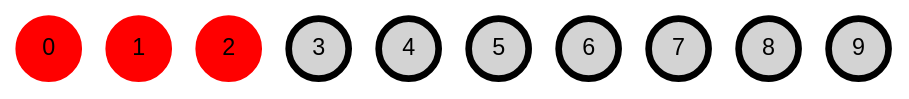
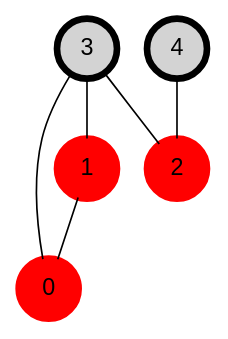
The diagram in dotfiles/covered_graph.dot (ivolvanov/vertex-cover), drawn with Graphviz before and after one commit. The commit also changed 11 other files, not shown here.

```diff
--- a/dotfiles/covered_graph.dot
+++ b/dotfiles/covered_graph.dot
@@ -1,14 +1,14 @@
 graph my_graph {
 node [ fontname = Arial, style="filled,setlinewidth(4)", shape=circle ]
 node0 [ label = "0" color=red  ]
 node1 [ label = "1" color=red  ]
 node2 [ label = "2" color=red  ]
 node3 [ label = "3" ]
 node4 [ label = "4" ]
-node5 [ label = "5" ]
-node6 [ label = "6" ]
-node7 [ label = "7" ]
-node8 [ label = "8" ]
-node9 [ label = "9" ]
 
+node1 -- node0
+node3 -- node0
+node3 -- node1
+node3 -- node2
+node4 -- node2
 }
```
